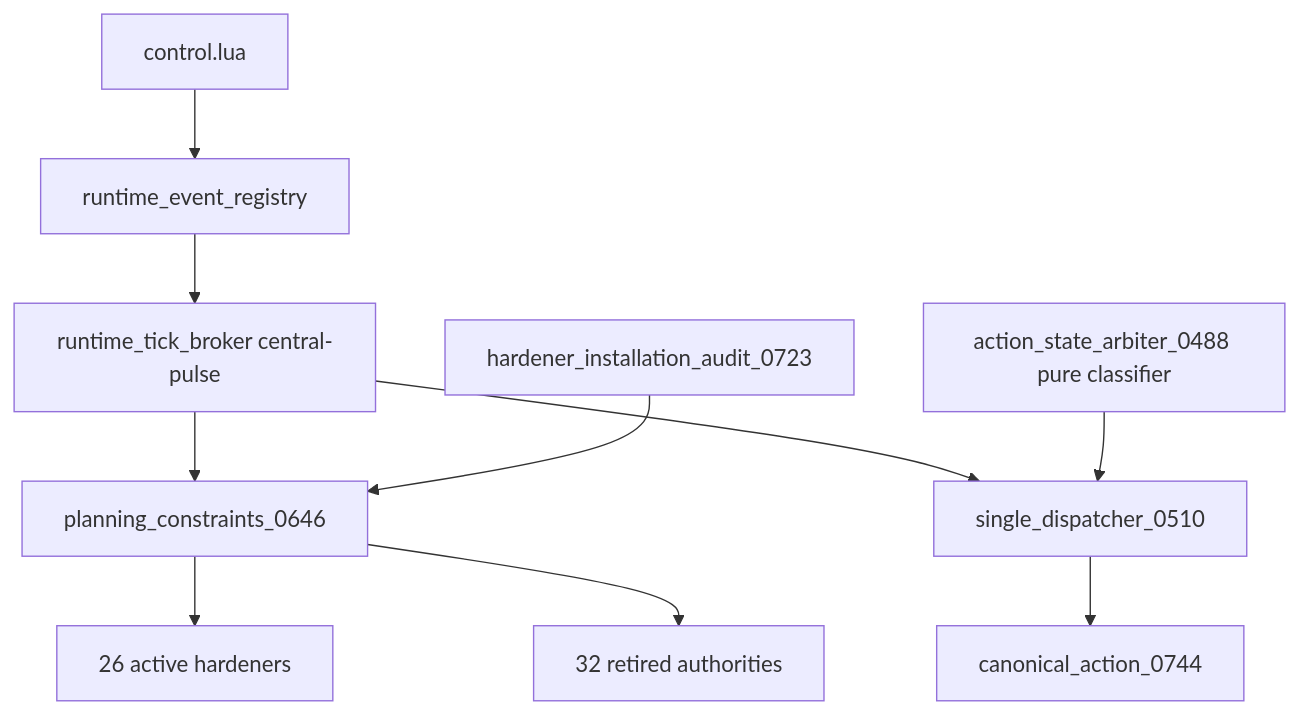
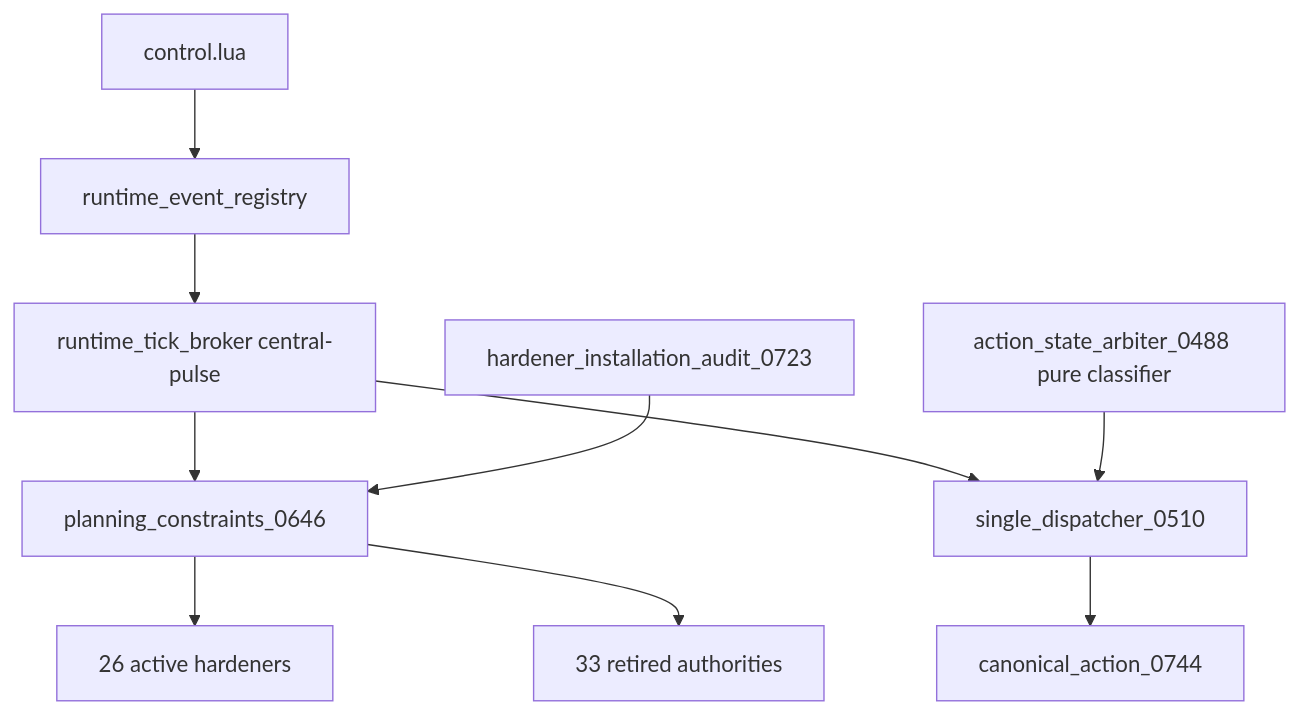
The first of 12 diagrams in docs/RECOVERY_AUTHORITY_MAP_CURRENT.md (mrcalzon02/Tech-Priests), drawn with Mermaid before and after one commit. The commit also changed other lines of this file and 18 other files, not shown here.

````diff
--- a/docs/RECOVERY_AUTHORITY_MAP_CURRENT.md
+++ b/docs/RECOVERY_AUTHORITY_MAP_CURRENT.md
@@ -13,12 +13,12 @@
 ```mermaid
 flowchart TD
     Control[control.lua] --> Registry[runtime_event_registry]
     Registry --> Broker[runtime_tick_broker central-pulse]
     Broker --> Planning[planning_constraints_0646]
     Planning --> Prearm[26 active hardeners]
-    Planning --> Retired[32 retired authorities]
+    Planning --> Retired[33 retired authorities]
     Broker --> Dispatcher[single_dispatcher_0510]
     Dispatcher --> Action[canonical_action_0744]
     Arbiter[action_state_arbiter_0488 pure classifier] --> Dispatcher
     Finalizer[hardener_installation_audit_0723] --> Planning
 ```
````
